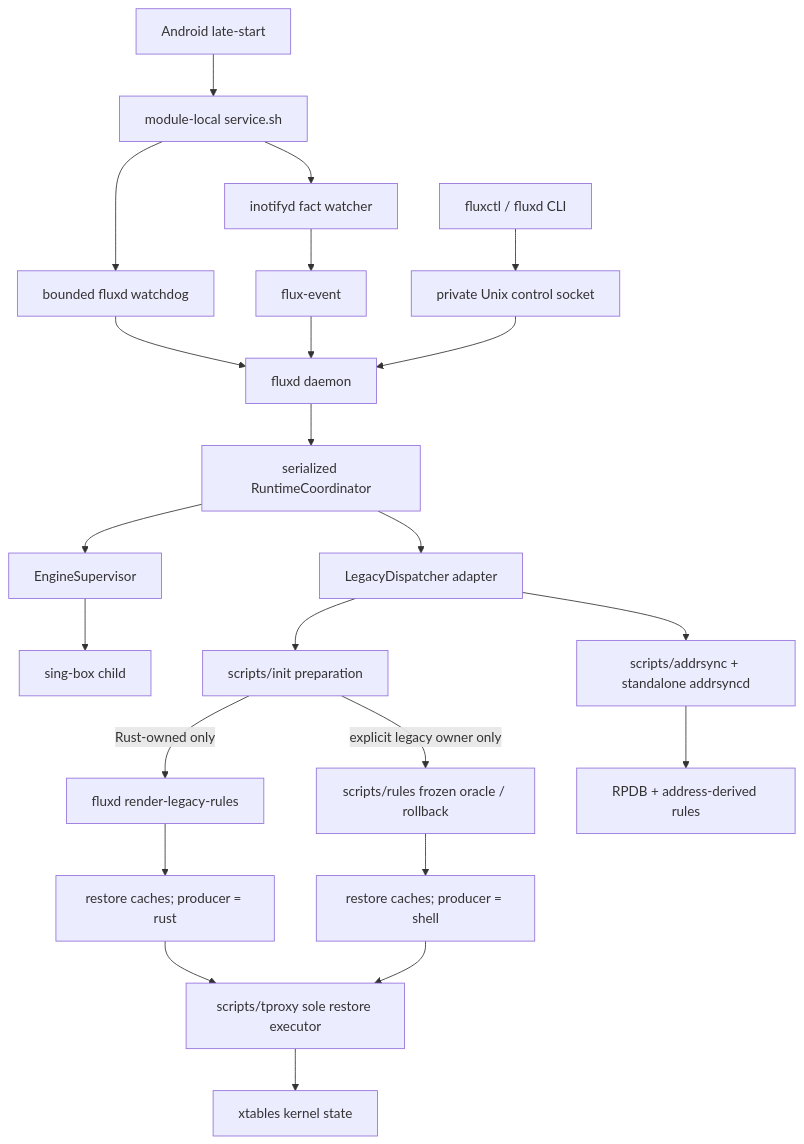
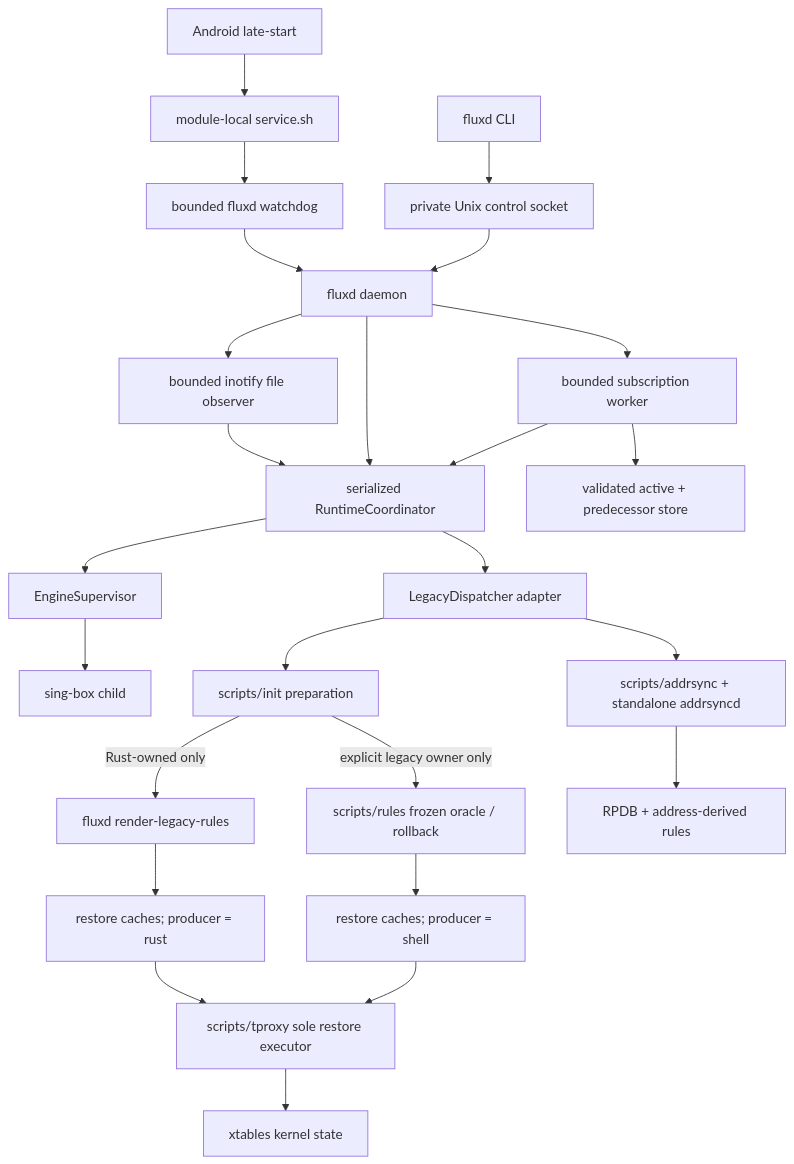
One commit to Chth1z/Flux changed the diagram in README.md. Above: the diagram before and after it, drawn with Mermaid. The commit also changed other lines of this file and 100 other files, not shown here.

````diff
--- a/README.md
+++ b/README.md
@@ -103,25 +115,27 @@
 ```mermaid
 flowchart TD
     Boot["Android late-start"] --> Service["module-local service.sh"]
     Service --> Watchdog["bounded fluxd watchdog"]
     Watchdog --> Fluxd["fluxd daemon"]
-    Service --> Inotify["inotifyd fact watcher"]
-    Inotify --> Event["flux-event"]
-    Event --> Fluxd
-    CLI["fluxctl / fluxd CLI"] --> Socket["private Unix control socket"]
+    CLI["fluxd CLI"] --> Socket["private Unix control socket"]
     Socket --> Fluxd
+    Fluxd --> Observer["bounded inotify file observer"]
+    Observer --> Coordinator
     Fluxd --> Coordinator["serialized RuntimeCoordinator"]
+    Fluxd --> Subscription["bounded subscription worker"]
+    Subscription --> Store["validated active + predecessor store"]
+    Subscription --> Coordinator
     Coordinator --> Engine["EngineSupervisor"]
     Engine --> SingBox["sing-box child"]
     Coordinator --> Bridge["LegacyDispatcher adapter"]
     Bridge --> Init["scripts/init preparation"]
     Init -->|"Rust-owned only"| Renderer["fluxd render-legacy-rules"]
     Init -->|"explicit legacy owner only"| Oracle["scripts/rules frozen oracle / rollback"]
     Renderer --> Cache["restore caches; producer = rust"]
     Oracle --> CacheLegacy["restore caches; producer = shell"]
     Cache --> Tproxy["scripts/tproxy sole restore executor"]
     CacheLegacy --> Tproxy
     Tproxy --> Kernel["xtables kernel state"]
     Bridge --> AddrSync["scripts/addrsync + standalone addrsyncd"]
     AddrSync --> KernelPolicy["RPDB + address-derived rules"]
 ```
````
